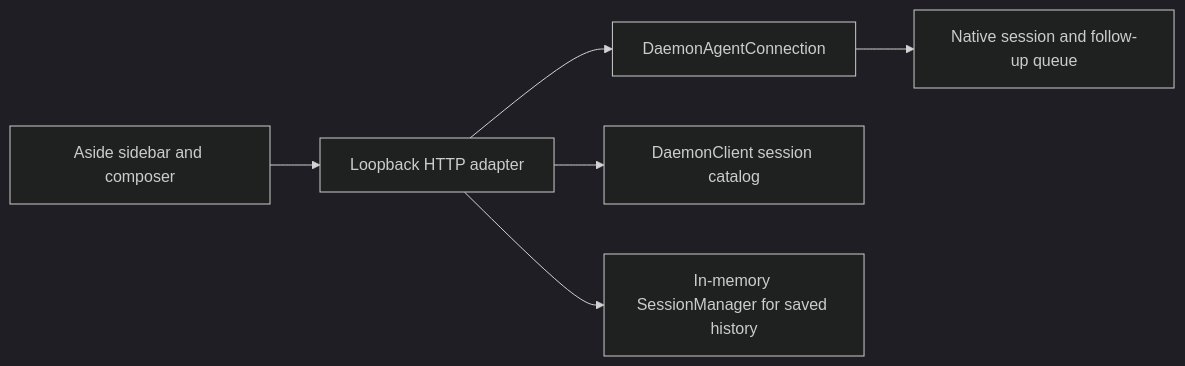
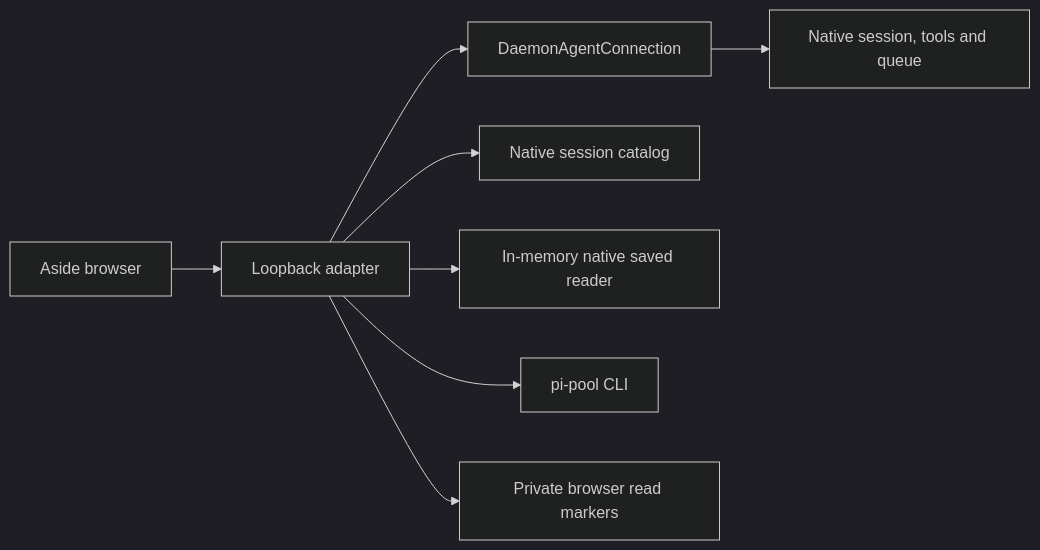
One commit to sieu-n/sieun-pi changed the diagram in components/user-history/README.md. Above: the diagram before and after it, drawn with Mermaid (dark theme). The commit also changed other lines of this file and 13 other files, not shown here.

Commit message:
feat(user-history): add compact native chat controls and progress

````diff
--- a/components/user-history/README.md
+++ b/components/user-history/README.md
@@ -58,8 +78,10 @@
 ```mermaid
 flowchart LR
-    Aside[Aside sidebar and composer] --> HTTP[Loopback HTTP adapter]
+    Aside[Aside browser] --> HTTP[Loopback adapter]
     HTTP --> Native[DaemonAgentConnection]
-    Native --> Prime[Native session and follow-up queue]
-    HTTP --> Catalog[DaemonClient session catalog]
-    HTTP --> Saved[In-memory SessionManager for saved history]
+    Native --> Worker[Native session, tools and queue]
+    HTTP --> Catalog[Native session catalog]
+    HTTP --> Saved[In-memory native saved reader]
+    HTTP --> Pool[pi-pool CLI]
+    HTTP --> UI[Private browser read markers]
 ```
````
